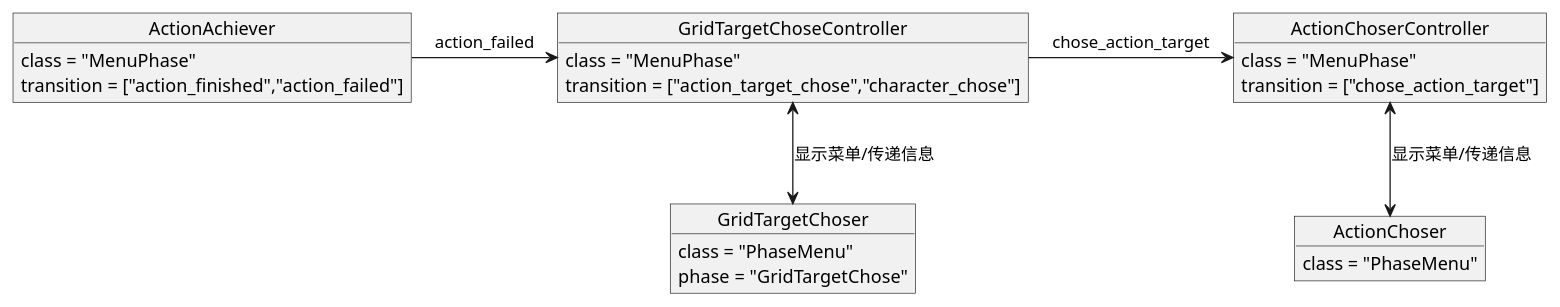
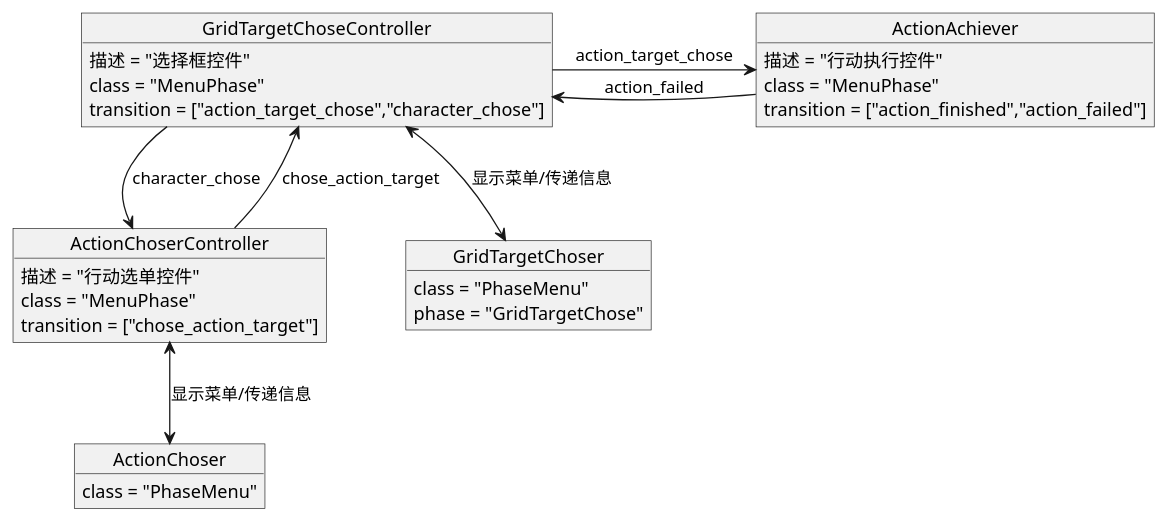
Before and after one commit to minkieyume/nightcat-srpg: the diagram in 程序架构/菜单系统.org, drawn with PlantUML. The commit also changed other lines of this file and 3 other files, not shown here.

```diff
--- a/程序架构/菜单系统.org
+++ b/程序架构/菜单系统.org
@@ -8,30 +13,35 @@
 #+begin_src plantuml :file action_chose_menu_struct.png
 object GridTargetChoseController {
+  描述 = "选择框控件"
   class = "MenuPhase"
   transition = ["action_target_chose","character_chose"]
 }
   
-object ActionChoserController { 
+object ActionChoserController {
+  描述 = "行动选单控件"
   class = "MenuPhase"
   transition = ["chose_action_target"]
 }
 
 object ActionAchiever {
+  描述 = "行动执行控件"
   class = "MenuPhase"
   transition = ["action_finished","action_failed"]
 }
 
 object GridTargetChoser {
   class = "PhaseMenu"
   phase = "GridTargetChose"
 }
 
 object ActionChoser {
   class = "PhaseMenu"
 }
 
 GridTargetChoseController <-down-> GridTargetChoser :显示菜单/传递信息
 ActionChoserController <-down-> ActionChoser:显示菜单/传递信息
-GridTargetChoseController -> ActionChoserController:chose_action_target
+GridTargetChoseController --> ActionChoserController:character_chose
+ActionChoserController --> GridTargetChoseController:chose_action_target
+GridTargetChoseController -> ActionAchiever:action_target_chose
 ActionAchiever -> GridTargetChoseController:action_failed
 #+end_src
```
